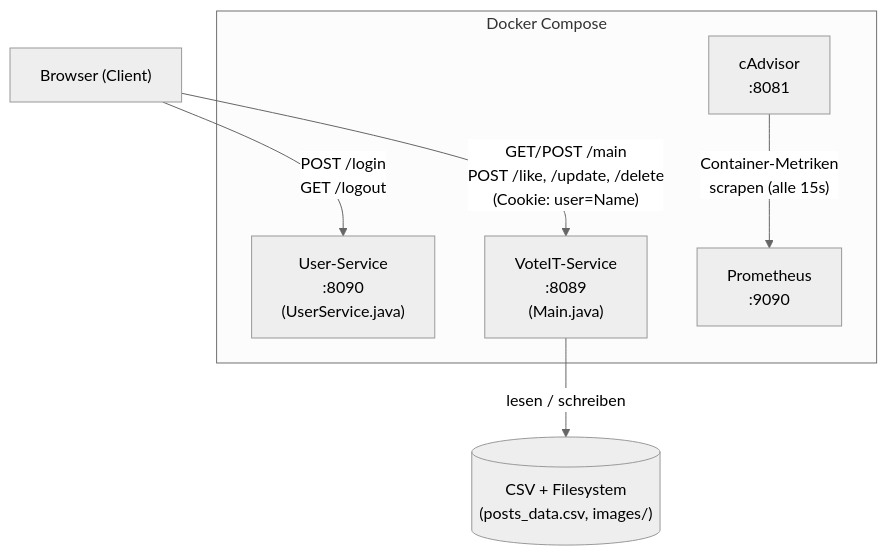
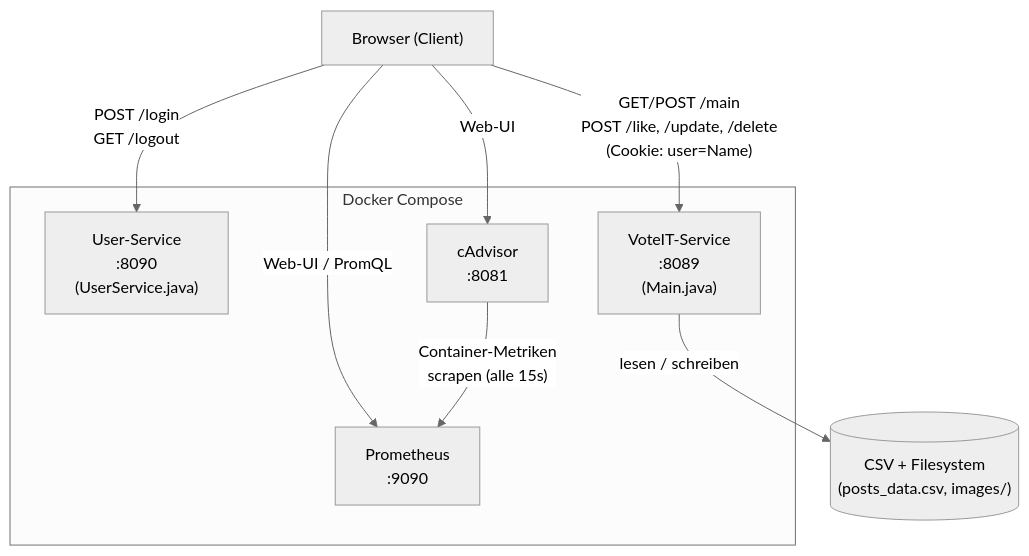
One commit to stephanteege/VoteIT changed the third of 3 diagrams in README.md. Above: the diagram before and after it, drawn with Mermaid (neutral theme).

Commit message:
docs: README korrigiert und erweitert

````diff
--- a/README.md
+++ b/README.md
@@ -270,18 +270,20 @@
 ```mermaid
 graph TD
     Browser["Browser (Client)"]
 
     subgraph Docker Compose
         US["User-Service\n:8090\n(UserService.java)"]
         VS["VoteIT-Service\n:8089\n(Main.java)"]
         CA["cAdvisor\n:8081"]
         PR["Prometheus\n:9090"]
     end
 
     FS[("CSV + Filesystem\n(posts_data.csv, images/)")]
 
     Browser -- "POST /login\nGET /logout" --> US
     Browser -- "GET/POST /main\nPOST /like, /update, /delete\n(Cookie: user=Name)" --> VS
+    Browser -- "Web-UI" --> CA
+    Browser -- "Web-UI / PromQL" --> PR
     VS -- "lesen / schreiben" --> FS
     CA -- "Container-Metriken\nscrapen (alle 15s)" --> PR
 ```
````
